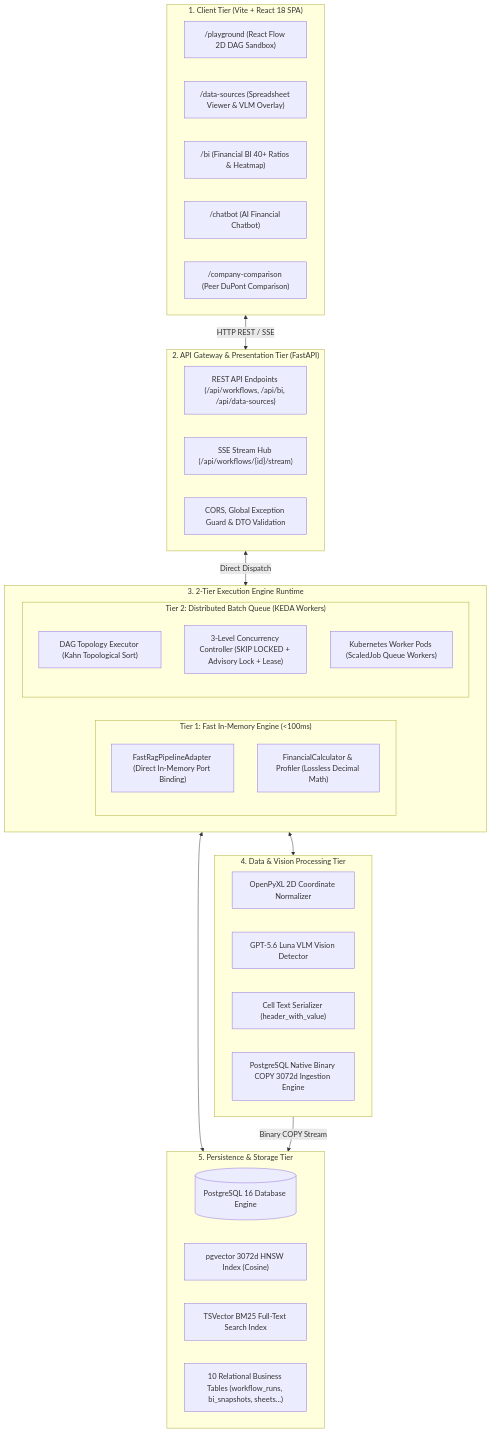
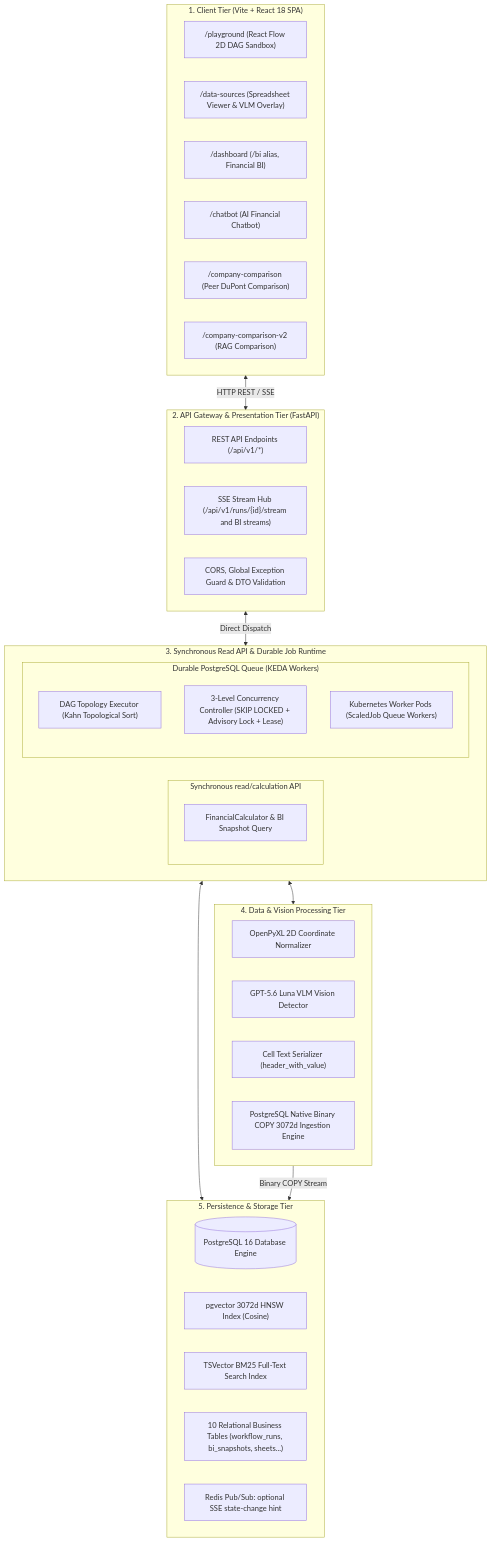
Before and after one commit to bist-mini-final/bist-mini-final: the diagram in docs/final_report/03_system_architecture_and_design/SEC-301_system_topology_and_runtime.md, drawn with Mermaid. The commit also changed other lines of this file and 138 other files, not shown here.

````diff
--- a/docs/final_report/03_system_architecture_and_design/SEC-301_system_topology_and_runtime.md
+++ b/docs/final_report/03_system_architecture_and_design/SEC-301_system_topology_and_runtime.md
@@ -11,48 +11,49 @@
 ```mermaid
 flowchart TD
     subgraph ClientTier ["1. Client Tier (Vite + React 18 SPA)"]
         UI_PLAY["/playground (React Flow 2D DAG Sandbox)"]
         UI_DS["/data-sources (Spreadsheet Viewer & VLM Overlay)"]
-        UI_BI["/bi (Financial BI 40+ Ratios & Heatmap)"]
+        UI_BI["/dashboard (/bi alias, Financial BI)"]
         UI_CHAT["/chatbot (AI Financial Chatbot)"]
         UI_COMP["/company-comparison (Peer DuPont Comparison)"]
+        UI_COMP_V2["/company-comparison-v2 (RAG Comparison)"]
     end
 
     subgraph ApiGatewayTier ["2. API Gateway & Presentation Tier (FastAPI)"]
-        REST["REST API Endpoints (/api/workflows, /api/bi, /api/data-sources)"]
-        SSE["SSE Stream Hub (/api/workflows/{id}/stream)"]
+        REST["REST API Endpoints (/api/v1/*)"]
+        SSE["SSE Stream Hub (/api/v1/runs/{id}/stream and BI streams)"]
         AUTH["CORS, Global Exception Guard & DTO Validation"]
     end
 
-    subgraph ExecutionTier ["3. 2-Tier Execution Engine Runtime"]
-        subgraph Tier1 ["Tier 1: Fast In-Memory Engine (<100ms)"]
-            FAST_RAG["FastRagPipelineAdapter (Direct In-Memory Port Binding)"]
-            BI_CALC["FinancialCalculator & Profiler (Lossless Decimal Math)"]
+    subgraph ExecutionTier ["3. Synchronous Read API & Durable Job Runtime"]
+        subgraph ReadApi ["Synchronous read/calculation API"]
+            BI_CALC["FinancialCalculator & BI Snapshot Query"]
         end
-        subgraph Tier2 ["Tier 2: Distributed Batch Queue (KEDA Workers)"]
+        subgraph DurableJobs ["Durable PostgreSQL Queue (KEDA Workers)"]
             DAG_EXEC["DAG Topology Executor (Kahn Topological Sort)"]
             LEASE["3-Level Concurrency Controller (SKIP LOCKED + Advisory Lock + Lease)"]
             KEDA_PODS["Kubernetes Worker Pods (ScaledJob Queue Workers)"]
         end
     end
 
     subgraph DataVisionEngine ["4. Data & Vision Processing Tier"]
         PARSER["OpenPyXL 2D Coordinate Normalizer"]
         LUNA_VLM["GPT-5.6 Luna VLM Vision Detector"]
         SERIALIZER["Cell Text Serializer (header_with_value)"]
         BINARY_COPY["PostgreSQL Native Binary COPY 3072d Ingestion Engine"]
     end
 
     subgraph PersistenceTier ["5. Persistence & Storage Tier"]
         PG_DB[("PostgreSQL 16 Database Engine")]
         PG_VEC["pgvector 3072d HNSW Index (Cosine)"]
         PG_FTS["TSVector BM25 Full-Text Search Index"]
         PG_TABLES["10 Relational Business Tables (workflow_runs, bi_snapshots, sheets...)"]
+        REDIS["Redis Pub/Sub: optional SSE state-change hint"]
     end
 
     ClientTier <-->|HTTP REST / SSE| ApiGatewayTier
     ApiGatewayTier <-->|Direct Dispatch| ExecutionTier
     ExecutionTier <--> DataVisionEngine
     ExecutionTier <--> PersistenceTier
     DataVisionEngine -->|Binary COPY Stream| PersistenceTier
 ```
````
